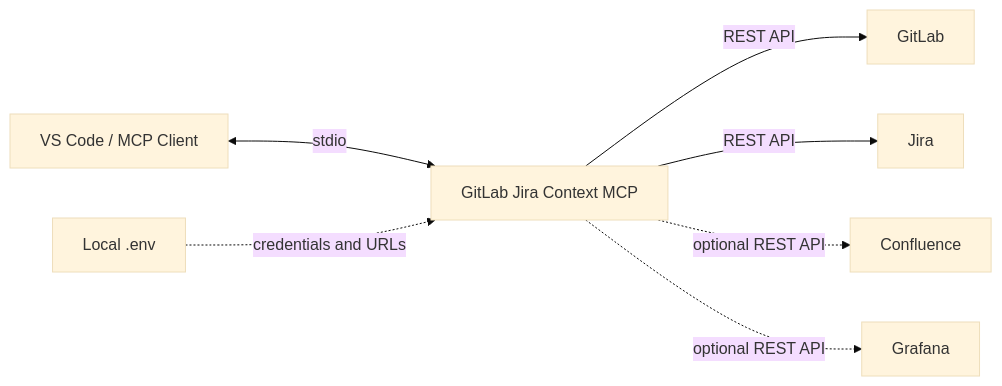
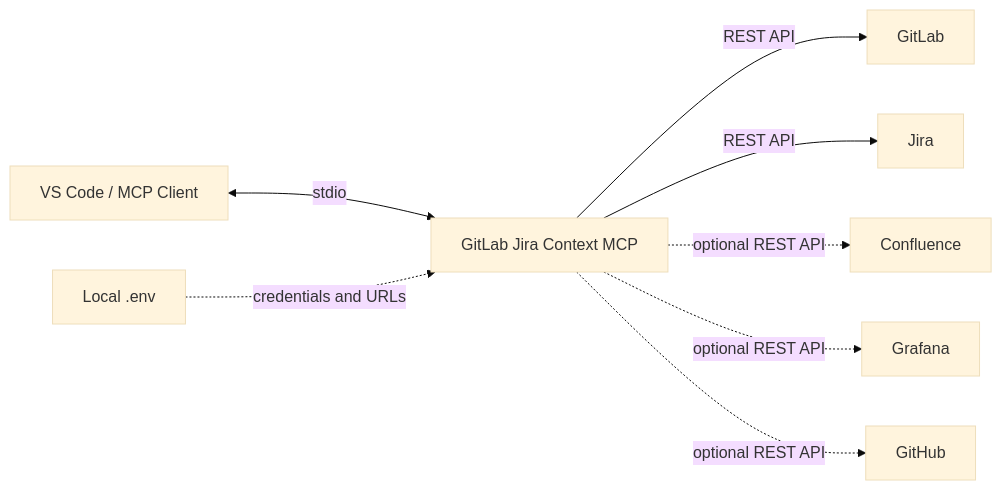
Before and after one commit to jagarkarlo/gitlab-jira-context-mcp: the diagram in README.md, drawn with Mermaid (base theme). The commit also changed other lines of this file and 1 other file, not shown here.

Commit message:
docs: describe optional GitHub integration

````diff
--- a/README.md
+++ b/README.md
@@ -16,9 +17,10 @@
 ```mermaid
 flowchart LR
   Client[VS Code / MCP Client] <-->|stdio| Server[GitLab Jira Context MCP]
   Server -->|REST API| GitLab[GitLab]
   Server -->|REST API| Jira[Jira]
   Server -. optional REST API .-> Confluence[Confluence]
   Server -. optional REST API .-> Grafana[Grafana]
+  Server -. optional REST API .-> GitHub[GitHub]
   Config[Local .env] -. credentials and URLs .-> Server
 ```
````
